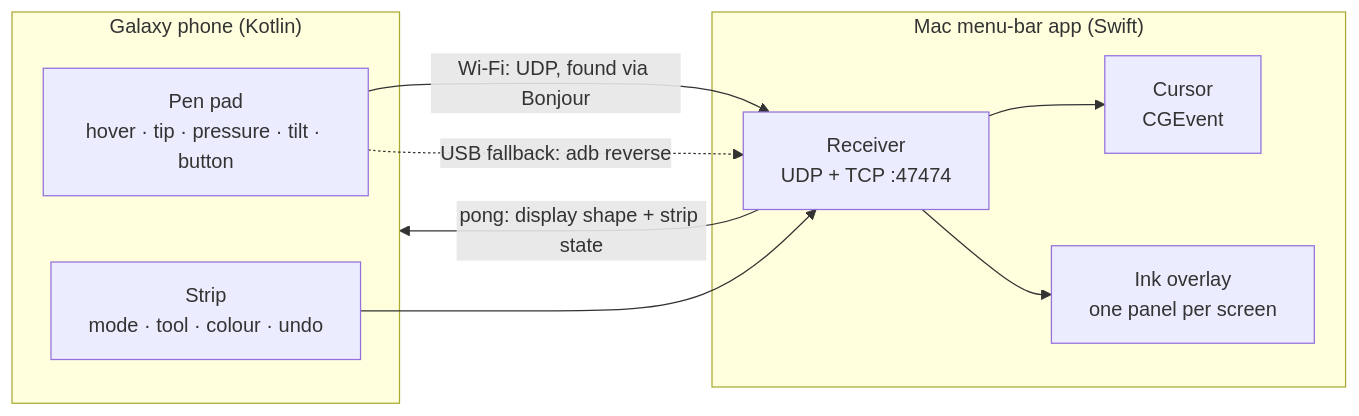
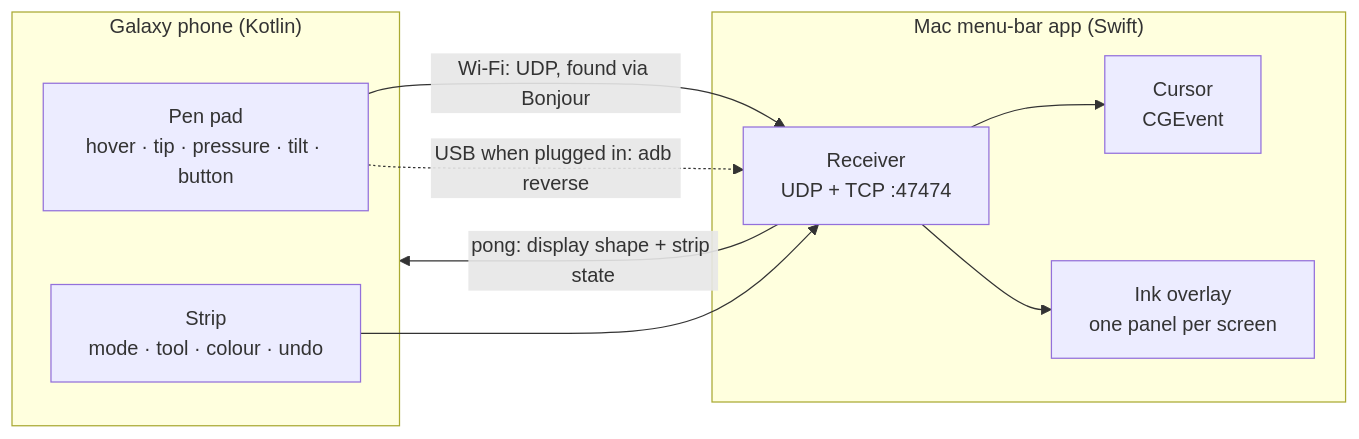
The diagram in README.md (nim444/qalam), drawn with Mermaid before and after one commit. The commit also changed other lines of this file and 6 other files, not shown here.

````diff
--- a/README.md
+++ b/README.md
@@ -96,18 +98,18 @@
 ```mermaid
 flowchart LR
   subgraph Phone["Galaxy phone (Kotlin)"]
     Pad["Pen pad<br/>hover · tip · pressure · tilt · button"]
     Strip["Strip<br/>mode · tool · colour · undo"]
   end
   subgraph Mac["Mac menu-bar app (Swift)"]
     Rx["Receiver<br/>UDP + TCP :47474"]
     Cur["Cursor<br/>CGEvent"]
     Ink["Ink overlay<br/>one panel per screen"]
   end
   Pad -- "Wi-Fi: UDP, found via Bonjour" --> Rx
-  Pad -. "USB fallback: adb reverse" .-> Rx
+  Pad -. "USB when plugged in: adb reverse" .-> Rx
   Strip --> Rx
   Rx --> Cur
   Rx --> Ink
   Rx -- "pong: display shape + strip state" --> Phone
 ```
````
